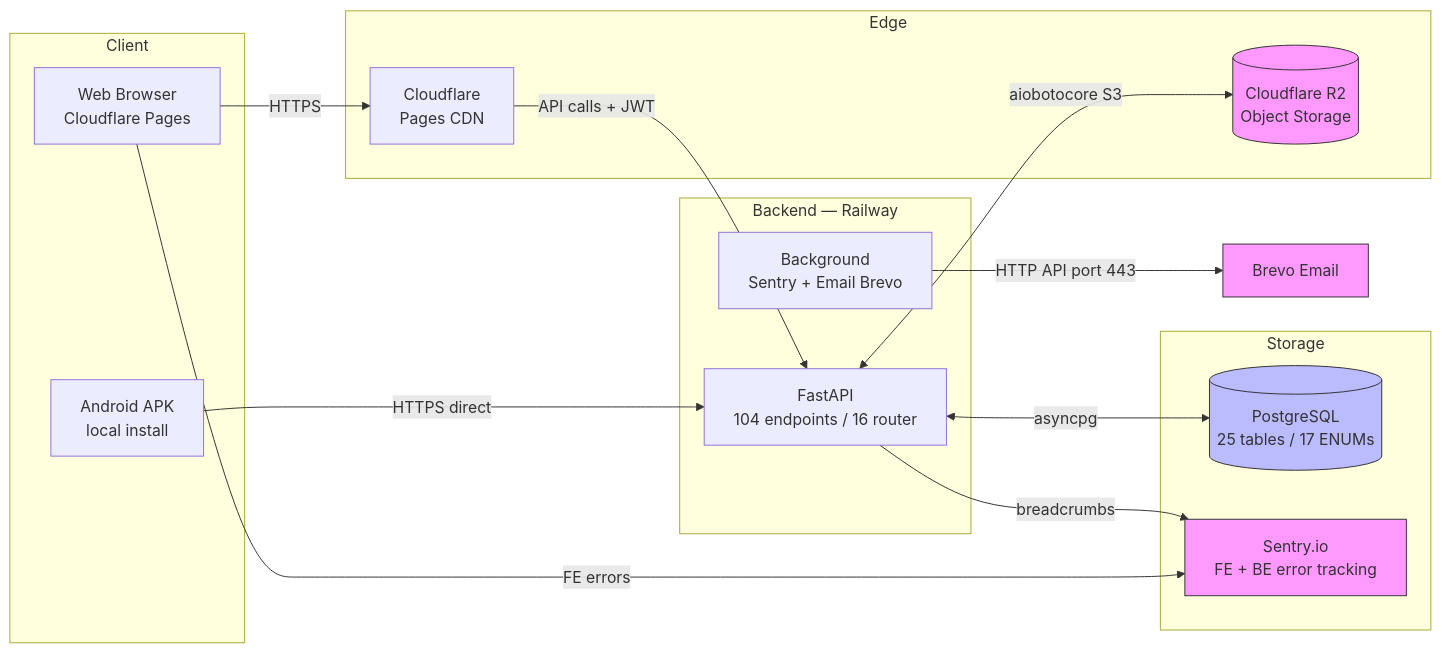
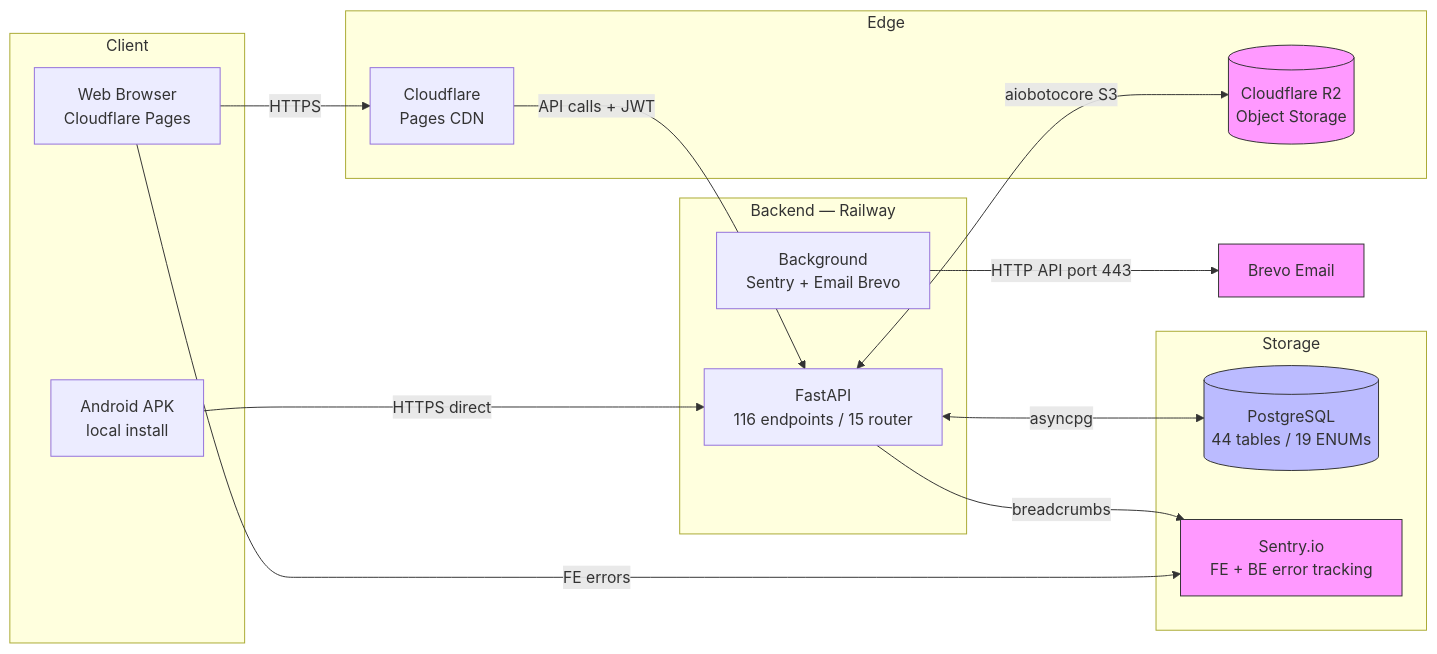
One commit to himono792-alt/ptit-contest-mobile-app changed the first of 2 diagrams in README.md. Above: the diagram before and after it, drawn with Mermaid. The commit also changed other lines of this file, not shown here.

````diff
--- a/README.md
+++ b/README.md
@@ -95,36 +95,36 @@
 ```mermaid
 flowchart LR
     subgraph Client
         Web[Web Browser<br/>Cloudflare Pages]
         APK[Android APK<br/>local install]
     end
 
     subgraph Edge
         CF[Cloudflare<br/>Pages CDN]
         R2[(Cloudflare R2<br/>Object Storage)]
     end
 
     subgraph Backend["Backend — Railway"]
-        API[FastAPI<br/>104 endpoints / 16 router]
+        API[FastAPI<br/>116 endpoints / 15 router]
         Worker[Background<br/>Sentry + Email Brevo]
     end
 
     subgraph Storage
-        DB[(PostgreSQL<br/>25 tables / 17 ENUMs)]
+        DB[(PostgreSQL<br/>44 tables / 19 ENUMs)]
         Sentry[Sentry.io<br/>FE + BE error tracking]
     end
 
     Web -->|HTTPS| CF
     CF -->|API calls + JWT| API
     APK -->|HTTPS direct| API
     API <-->|asyncpg| DB
     API <-->|aiobotocore S3| R2
     API -->|breadcrumbs| Sentry
     Web -->|FE errors| Sentry
     Worker -->|HTTP API port 443| Brevo[Brevo Email]
 
     classDef external fill:#f9f,stroke:#333,stroke-width:1px
     classDef storage fill:#bbf,stroke:#333,stroke-width:1px
     class Sentry,Brevo,R2 external
     class DB storage
 ```
````
